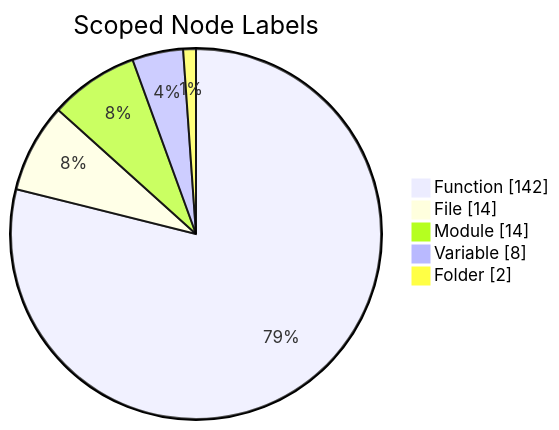
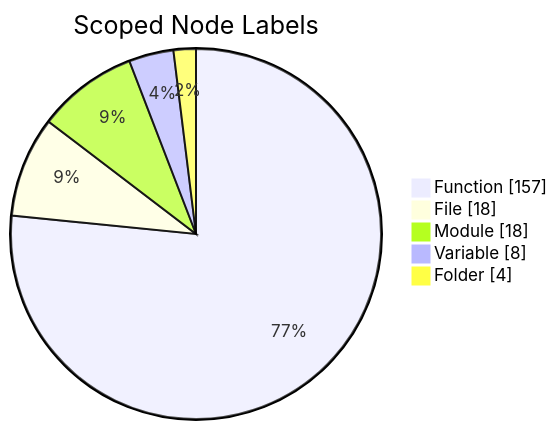
The third of 7 diagrams in .refactor/analysis/candidates/report.md (scl2bp/refactor_cli), drawn with Mermaid before and after one commit. The commit also changed other lines of this file and 7 other files, not shown here.

````diff
--- a/.refactor/analysis/candidates/report.md
+++ b/.refactor/analysis/candidates/report.md
@@ -145,9 +141,9 @@
 ```mermaid
 pie showData
   title Scoped Node Labels
-  "Function" : 142
-  "File" : 14
-  "Module" : 14
+  "Function" : 157
+  "File" : 18
+  "Module" : 18
   "Variable" : 8
-  "Folder" : 2
+  "Folder" : 4
 ```
````
